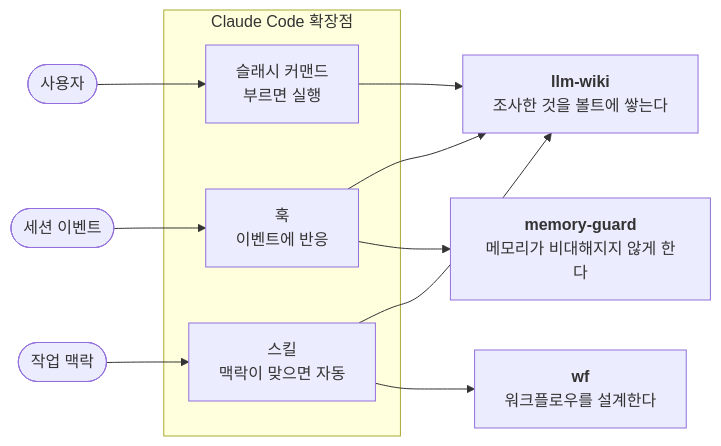
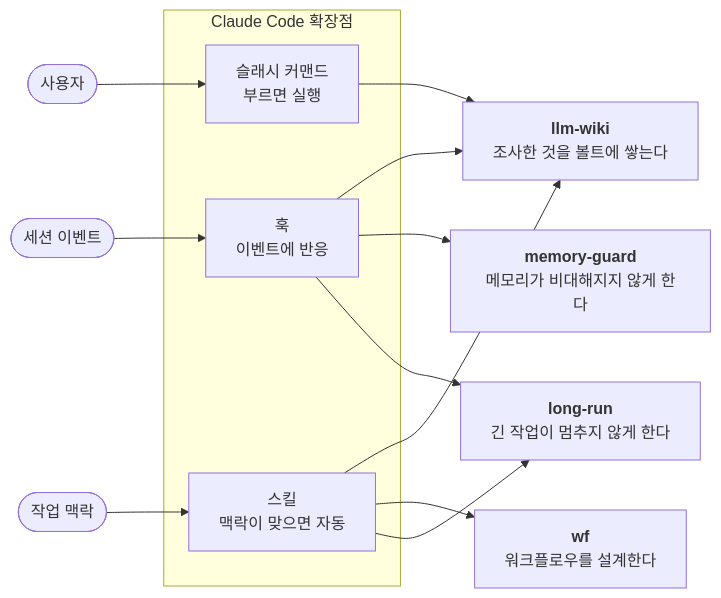
Before and after one commit to aydenden/cc-plugins: the diagram in README.md, drawn with Mermaid. The commit also changed other lines of this file and 20 other files, not shown here.

First line of the commit message:
feat(long-run): 여러 세션에 걸치는 작업을 끝까지 미는 플러그인 (v0.1.0)

````diff
--- a/README.md
+++ b/README.md
@@ -86,22 +106,25 @@
 ```mermaid
 flowchart LR
   U(["사용자"]) --> CMD
   E(["세션 이벤트"]) --> HK
   X(["작업 맥락"]) --> SKL
 
   subgraph EXT["Claude Code 확장점"]
     CMD["슬래시 커맨드<br/>부르면 실행"]
     SKL["스킬<br/>맥락이 맞으면 자동"]
     HK["훅<br/>이벤트에 반응"]
   end
 
   CMD --> LW
   SKL --> LW
   SKL --> WF
+  SKL --> LR
   HK  --> LW
   HK  --> MG
+  HK  --> LR
 
   LW["<b>llm-wiki</b><br/>조사한 것을 볼트에 쌓는다"]
+  LR["<b>long-run</b><br/>긴 작업이 멈추지 않게 한다"]
   MG["<b>memory-guard</b><br/>메모리가 비대해지지 않게 한다"]
   WF["<b>wf</b><br/>워크플로우를 설계한다"]
 ```
````
